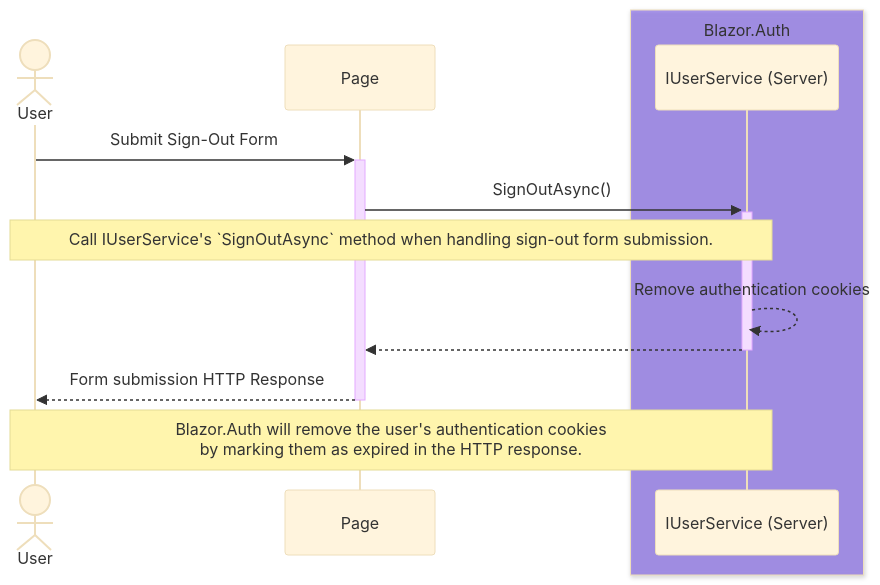
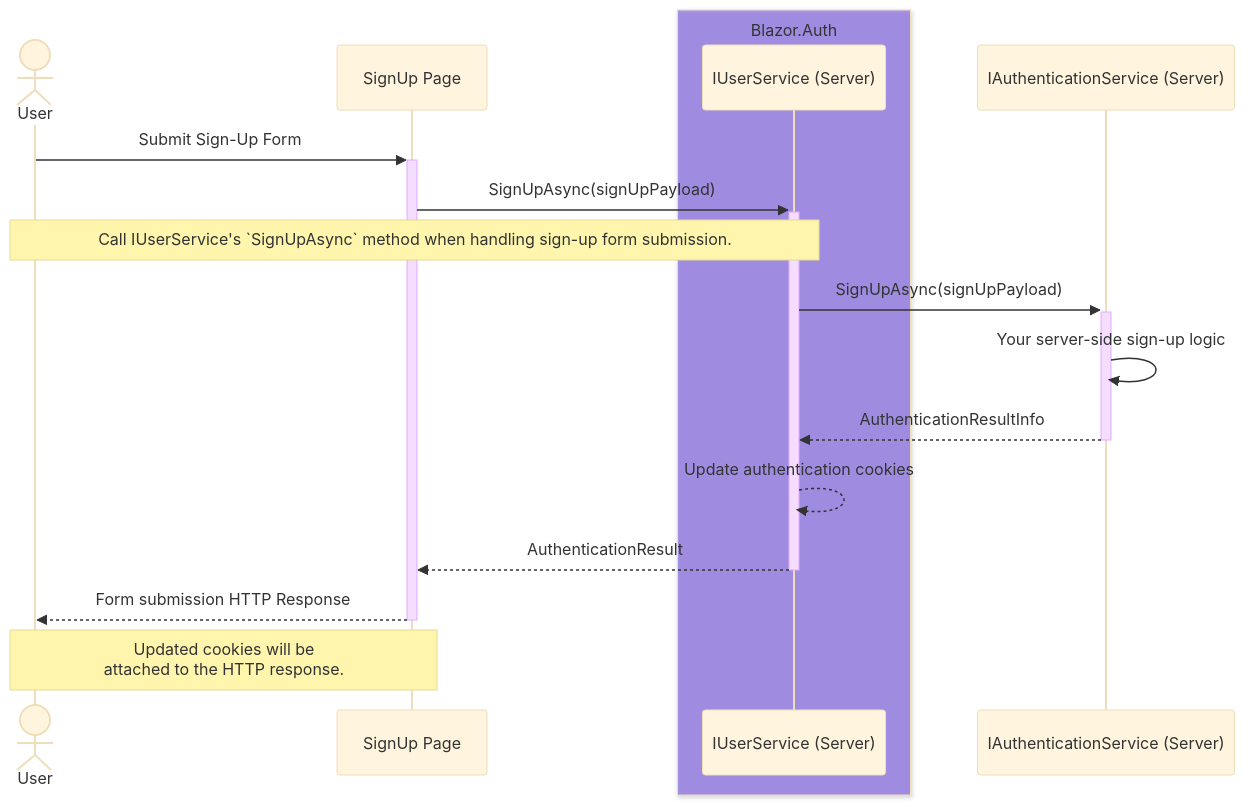
Before and after one commit to BitzArt/Blazor.Auth: the third of 3 diagrams in docs/src/04.use-cases/01.static-ssr.md, drawn with Mermaid (base theme). The commit also changed 5 other files, not shown here.

````diff
--- a/docs/src/04.use-cases/01.static-ssr.md
+++ b/docs/src/04.use-cases/01.static-ssr.md
@@ -71,23 +67,27 @@
 ```mermaid
-
 sequenceDiagram
 
 actor user as User
-participant page as Page
+participant page as SignUp Page
 
 box rgba(101, 63, 232, 0.5) Blazor.Auth
 participant userService as IUserService (Server)
 end
+participant authService as IAuthenticationService (Server)
 
-user ->>+ page: Submit Sign-Out Form
+user ->>+ page: Submit Sign-Up Form
 
-page ->>+ userService: SignOutAsync()
-note over user,userService: Call IUserService's `SignOutAsync` method when handling sign-out form submission.
+page ->>+ userService: SignUpAsync(signUpPayload)
+note over user,userService: Call IUserService's `SignUpAsync` method when handling sign-up form submission.
 
-userService -->> userService: Remove authentication cookies
+userService ->>+ authService: SignUpAsync(signUpPayload)
+authService ->> authService: Your server-side sign-up logic
 
-userService -->>- page: 
+authService -->>- userService: AuthenticationResultInfo
+
+userService -->> userService: Update authentication cookies
+userService -->>- page: AuthenticationResult
 
 page -->>- user:  Form submission HTTP Response
-note over user,userService: Blazor.Auth will remove the user's authentication cookies <br/> by marking them as expired in the HTTP response.
+note over user,page: Updated cookies will be<br/>attached to the HTTP response.
 ```
````
